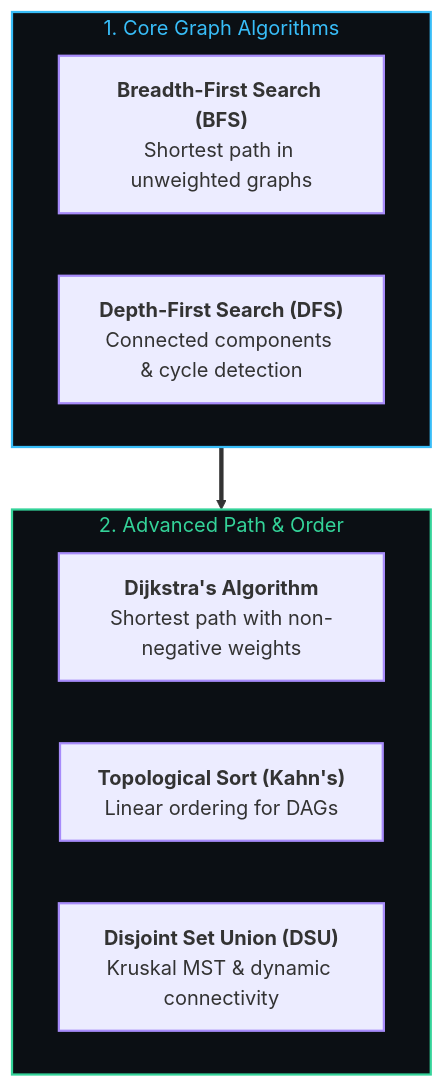
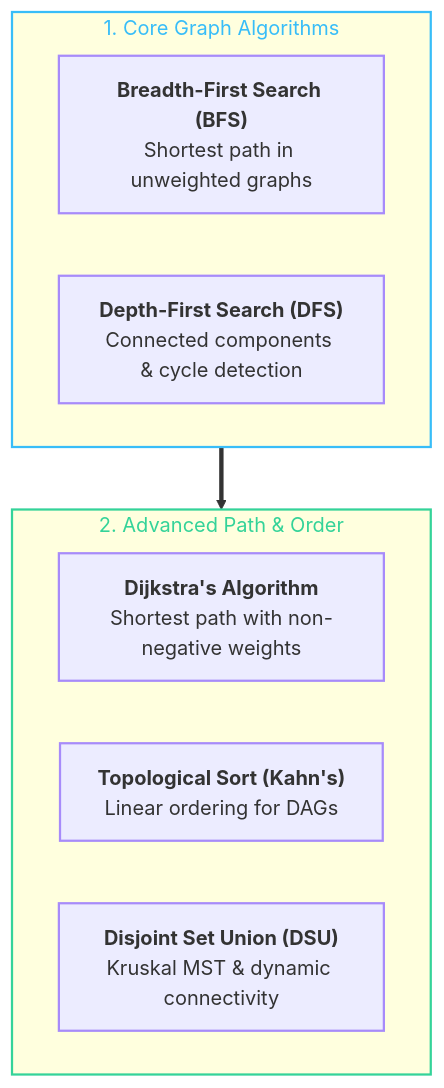
One commit to abhinavbharti2345/CS_Notes changed the diagram in BrainOS/02 - Foundations/DSA/Graphs.md. Above: the diagram before and after it, drawn with Mermaid. The commit also changed 26 other files, not shown here.

Commit message:
feat: initialize BrainOS knowledge base with foundational curriculum and roadmap notes

````diff
--- a/BrainOS/02 - Foundations/DSA/Graphs.md
+++ b/BrainOS/02 - Foundations/DSA/Graphs.md
@@ -29,23 +29,23 @@
 ```mermaid
 flowchart TD
     subgraph G_TYPES ["1. Core Graph Algorithms"]
         direction LR
         BFS["<b>Breadth-First Search (BFS)</b><br/>Shortest path in unweighted graphs"]
         DFS["<b>Depth-First Search (DFS)</b><br/>Connected components & cycle detection"]
     end
 
     subgraph G_ADV ["2. Advanced Path & Order"]
         direction LR
         DIJK["<b>Dijkstra's Algorithm</b><br/>Shortest path with non-negative weights"]
         TOPO["<b>Topological Sort (Kahn's)</b><br/>Linear ordering for DAGs"]
         DSU["<b>Disjoint Set Union (DSU)</b><br/>Kruskal MST & dynamic connectivity"]
     end
 
     G_TYPES ==> G_ADV
 
-    style G_TYPES fill:#0B0F14,stroke:#38BDF8,stroke-width:1.8px,color:#38BDF8
-    style G_ADV fill:#0B0F14,stroke:#34D399,stroke-width:1.8px,color:#34D399
+    style G_TYPES stroke:#38BDF8,stroke-width:1.8px,color:#38BDF8
+    style G_ADV stroke:#34D399,stroke-width:1.8px,color:#34D399
 
     classDef dsaNode stroke:#A78BFA,stroke-width:1.8px;
     class BFS,DFS,DIJK,TOPO,DSU dsaNode;
 ```
````
